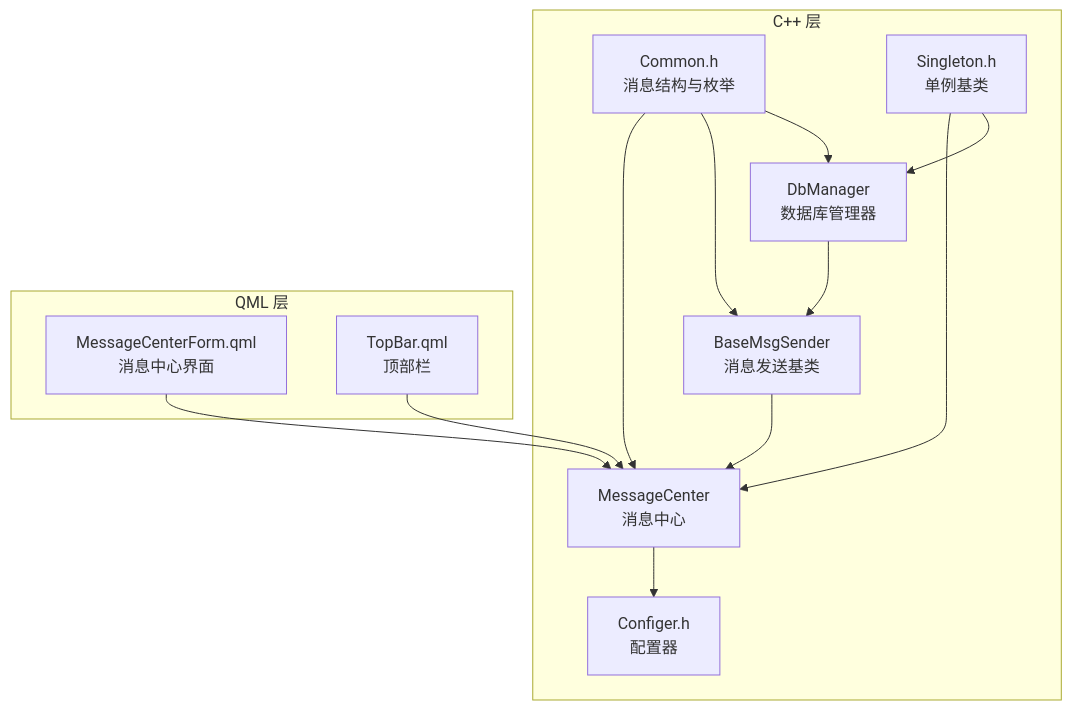
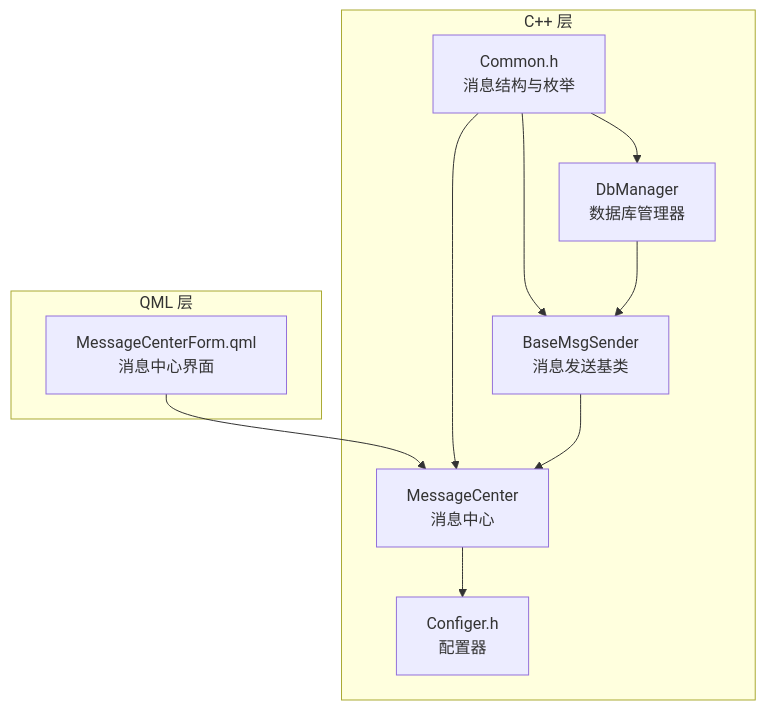
One commit to ihula/QmlPlugins changed the first of 8 diagrams in .qoder/repowiki/zh/content/核心模块/消息中心模块.md. Above: the diagram before and after it, drawn with Mermaid. The commit also changed other lines of this file and 13 other files, not shown here.

````diff
--- a/.qoder/repowiki/zh/content/核心模块/消息中心模块.md
+++ b/.qoder/repowiki/zh/content/核心模块/消息中心模块.md
@@ -43,25 +50,20 @@
 ```mermaid
 graph TB
 subgraph "C++ 层"
 MC["MessageCenter<br/>消息中心"]
 BMS["BaseMsgSender<br/>消息发送基类"]
 DM["DbManager<br/>数据库管理器"]
 CMN["Common.h<br/>消息结构与枚举"]
-SGL["Singleton.h<br/>单例基类"]
 CFG["Configer.h<br/>配置器"]
 end
 subgraph "QML 层"
 UI1["MessageCenterForm.qml<br/>消息中心界面"]
-UI2["TopBar.qml<br/>顶部栏"]
 end
 BMS --> MC
 DM --> BMS
 MC --> CFG
 UI1 --> MC
-UI2 --> MC
 CMN --> MC
 CMN --> BMS
 CMN --> DM
-SGL --> MC
-SGL --> DM
 ```
````
